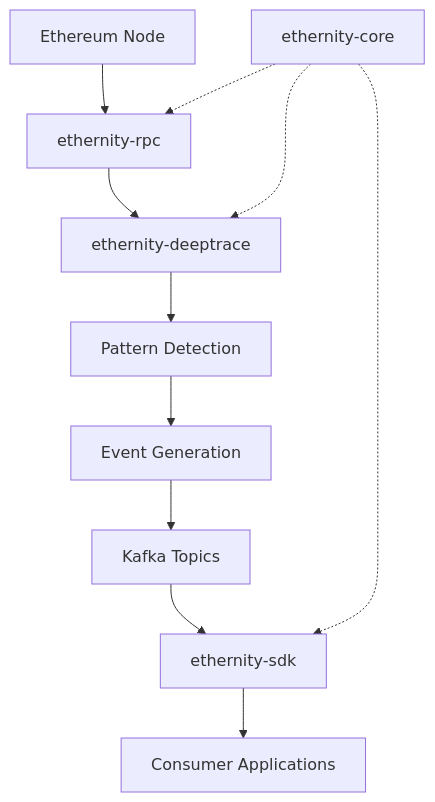
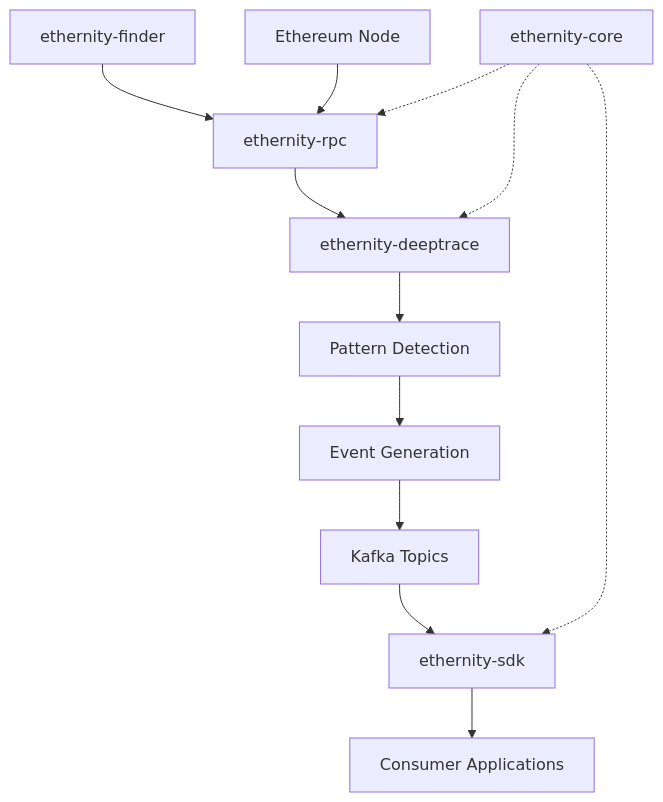
The diagram in README.md (angu-team/ethernity), drawn with Mermaid before and after one commit. The commit also changed other lines of this file and 8 other files, not shown here.

Commit message:
Add example for ethernity-finder

````diff
--- a/README.md
+++ b/README.md
@@ -59,14 +65,15 @@
 ```mermaid
 graph TD
+    S[ethernity-finder] --> B[ethernity-rpc]
     A[Ethereum Node] --> B[ethernity-rpc]
     B --> C[ethernity-deeptrace]
     C --> D[Pattern Detection]
     D --> E[Event Generation]
     E --> F[Kafka Topics]
     F --> G[ethernity-sdk]
     G --> H[Consumer Applications]
     
     I[ethernity-core] -.-> B
     I -.-> C
     I -.-> G
 ```
````
